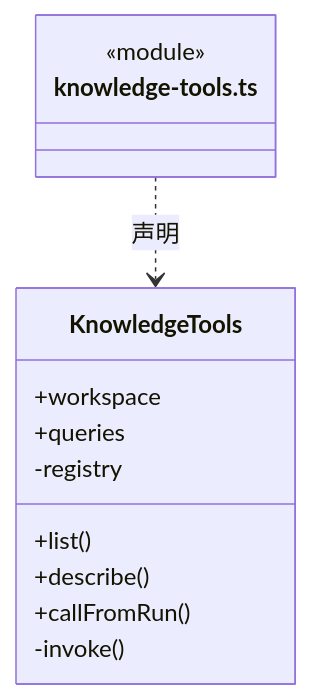
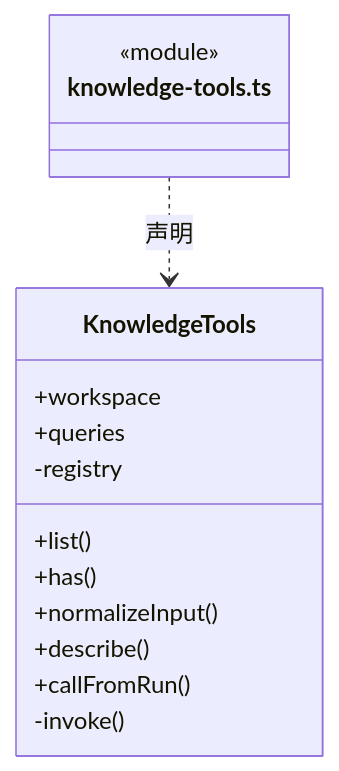
One commit to nan023062/cbim changed diagram 13 of 22 in src/backend/scheduler-engine/tools/ARCHITECTURE.md. Above: the diagram before and after it, drawn with Mermaid. The commit also changed other lines of this file and 27 other files, not shown here.

````diff
--- a/src/backend/scheduler-engine/tools/ARCHITECTURE.md
+++ b/src/backend/scheduler-engine/tools/ARCHITECTURE.md
@@ -306,16 +306,18 @@
 ```mermaid
 classDiagram
 class N_src_backend_scheduler_engine_tools_knowledge_tools_ts["knowledge-tools.ts"] {
   <<module>>
 }
 class N_src_backend_scheduler_engine_tools_knowledge_tools_ts_KnowledgeTools["KnowledgeTools"] {
   +workspace
   +queries
   +list()
+  +has()
+  +normalizeInput()
   +describe()
   +callFromRun()
   -registry
   -invoke()
 }
 N_src_backend_scheduler_engine_tools_knowledge_tools_ts ..> N_src_backend_scheduler_engine_tools_knowledge_tools_ts_KnowledgeTools : 声明
 ```
````
